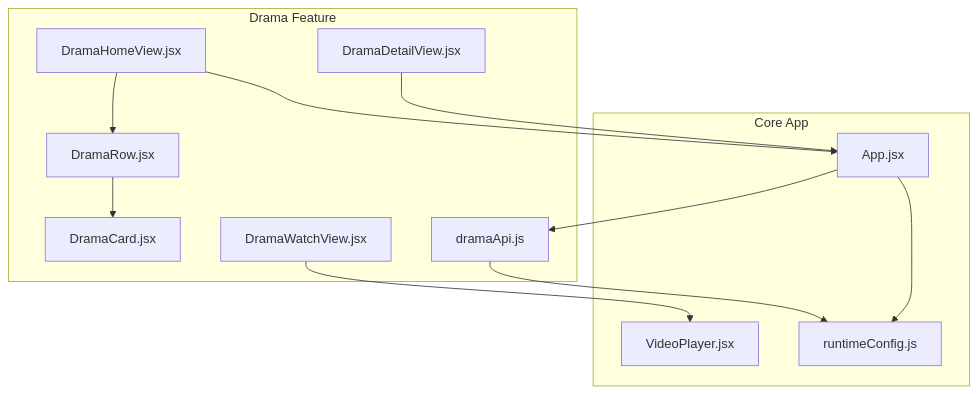
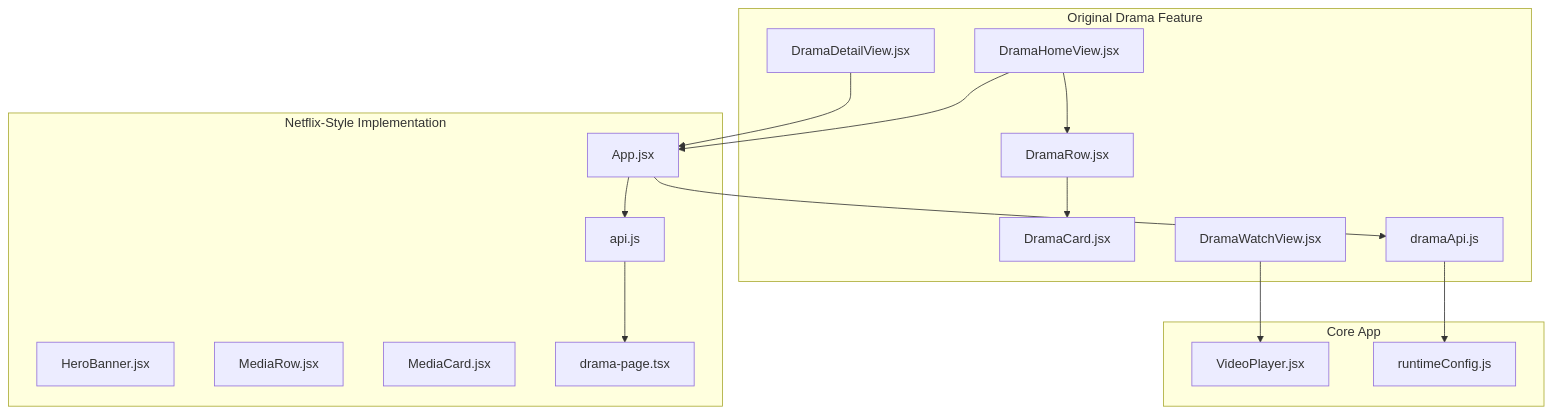
Before and after one commit to techniciansupremus-lab/Project-Anime: the first of 3 diagrams in .qoder/repowiki/en/content/Content Management/Drama Series/Drama Series.md, drawn with Mermaid. The commit also changed other lines of this file and 101 other files, not shown here.

````diff
--- a/.qoder/repowiki/en/content/Content Management/Drama Series/Drama Series.md
+++ b/.qoder/repowiki/en/content/Content Management/Drama Series/Drama Series.md
@@ -34,24 +49,32 @@
 ```mermaid
 graph TB
-subgraph "Drama Feature"
+subgraph "Original Drama Feature"
 DHV["DramaHomeView.jsx"]
 DR["DramaRow.jsx"]
 DC["DramaCard.jsx"]
 DDV["DramaDetailView.jsx"]
 DWV["DramaWatchView.jsx"]
 DAPI["dramaApi.js"]
 end
+subgraph "Netflix-Style Implementation"
+APP["App.jsx"]
+HB["HeroBanner.jsx"]
+MR["MediaRow.jsx"]
+MC["MediaCard.jsx"]
+API["api.js"]
+DP["drama-page.tsx"]
+end
 subgraph "Core App"
-APP["App.jsx"]
 VP["VideoPlayer.jsx"]
 RC["runtimeConfig.js"]
 end
 DHV --> DR
 DR --> DC
 DHV --> APP
 DDV --> APP
 DWV --> VP
 APP --> DAPI
 DAPI --> RC
-APP --> RC
+APP --> API
+API --> DP
 ```
````
